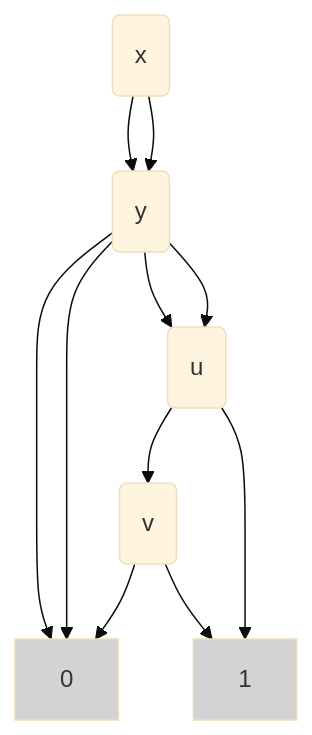
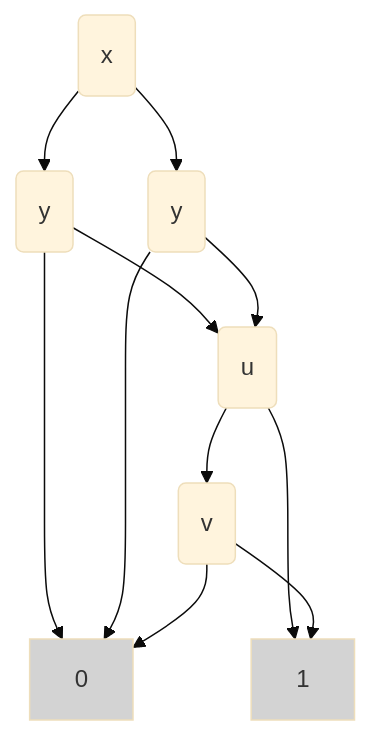
The diagram in samples/expression_bdd_mermaid/mixed_2.md (Alan-Jowett/dagir), drawn with Mermaid (base theme) before and after one commit. The commit also changed 86 other files, not shown here.

````diff
--- a/samples/expression_bdd_mermaid/mixed_2.md
+++ b/samples/expression_bdd_mermaid/mixed_2.md
@@ -1,22 +1,22 @@
 ```mermaid
 graph TB
-  node6["0"]
-  style node6 fill:lightgray
-  node7["1"]
-  style node7 fill:lightgray
-  u("u")
-  v("v")
-  x("x")
-  y("y")
-  y("y")
-  u --> node7
-  u --> v
-  v --> node6
-  v --> node7
-  x --> y
-  x --> y
-  y --> node6
-  y --> node6
-  y --> u
-  y --> u
+  node000("x")
+  node001("y")
+  node002("y")
+  node003("u")
+  node004("v")
+  node005["0"]
+  style node005 fill:lightgray
+  node006["1"]
+  style node006 fill:lightgray
+  node000 --> node001
+  node000 --> node002
+  node001 --> node003
+  node001 --> node005
+  node002 --> node003
+  node002 --> node005
+  node003 --> node004
+  node003 --> node006
+  node004 --> node005
+  node004 --> node006
 ```
````
